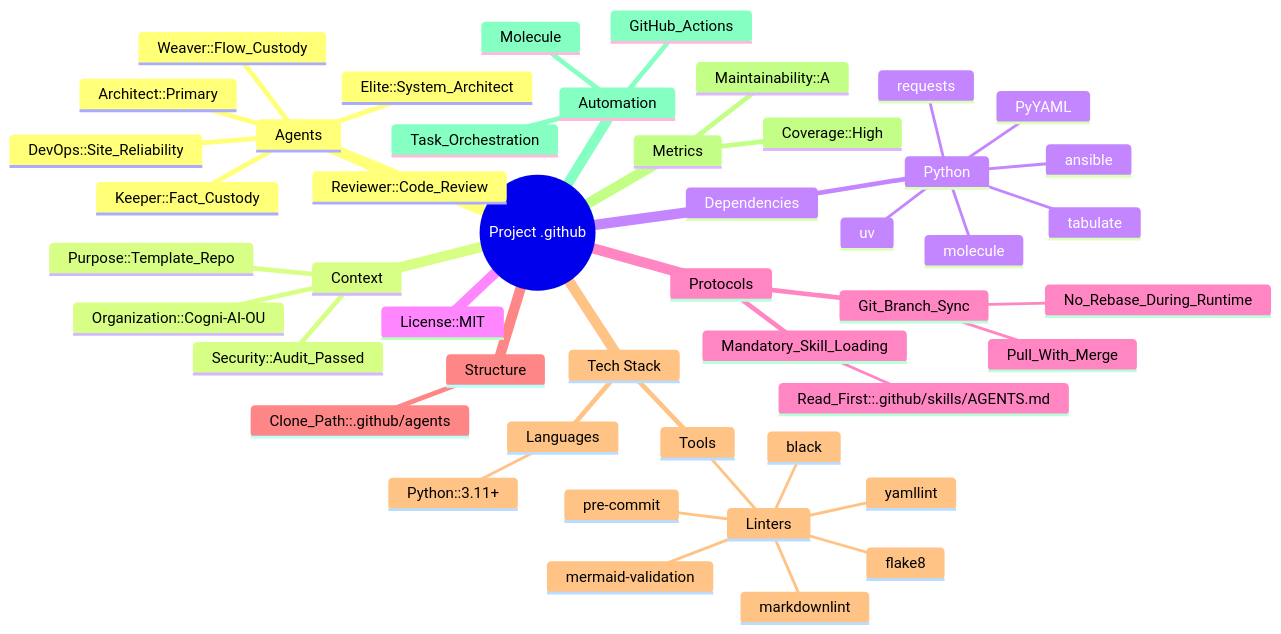
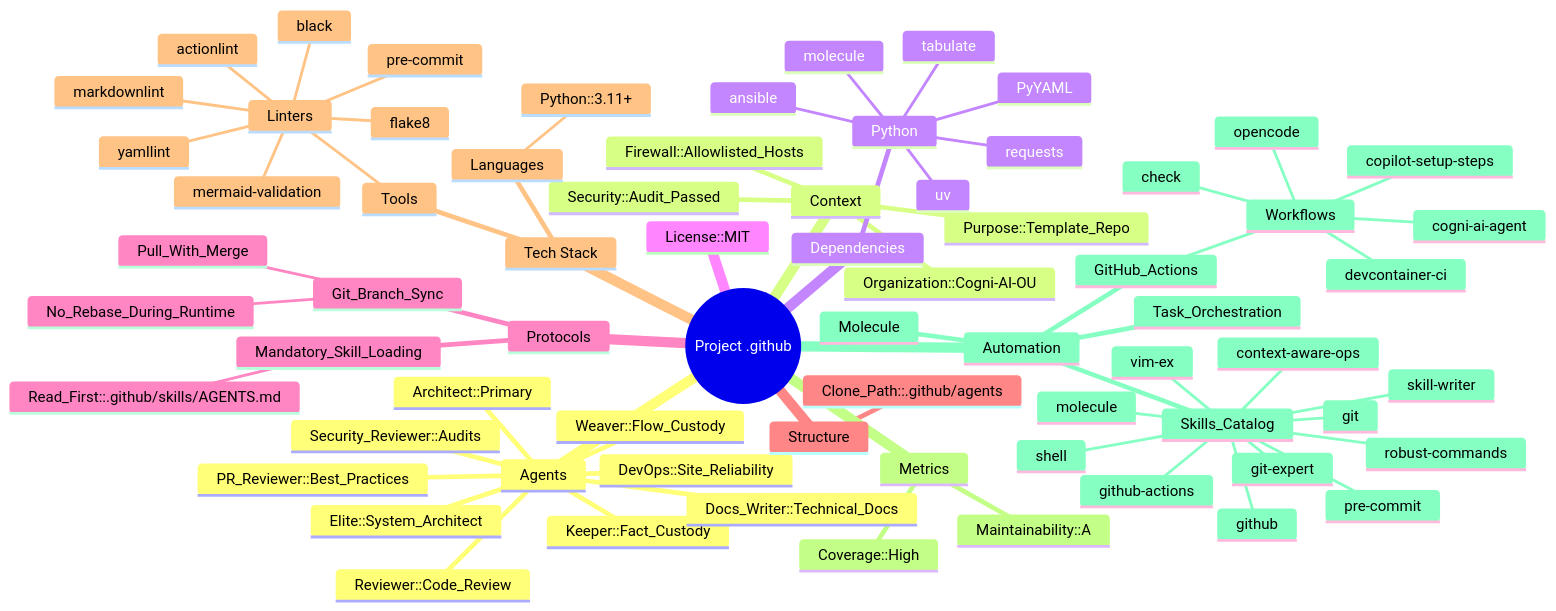
Before and after one commit to Cogni-AI-OU/.github: the diagram in FACTS.mmd, drawn with Mermaid.

Commit message:
Repo findings added to FACTS.mmd.

```diff
--- a/FACTS.mmd
+++ b/FACTS.mmd
@@ -1,48 +1,71 @@
 mindmap
   root((Project .github))
     Agents
       Architect::Primary
       DevOps::Site_Reliability
       Elite::System_Architect
       Keeper::Fact_Custody
       Reviewer::Code_Review
       Weaver::Flow_Custody
+      Docs_Writer::Technical_Docs
+      PR_Reviewer::Best_Practices
+      Security_Reviewer::Audits
     Context
       Organization::Cogni-AI-OU
       Purpose::Template_Repo
       Security::Audit_Passed
+      Firewall::Allowlisted_Hosts
     Dependencies
       Python
         PyYAML
         requests
         tabulate
         ansible
         molecule
         uv
     License::MIT
     Protocols
       Git_Branch_Sync
         No_Rebase_During_Runtime
         Pull_With_Merge
       Mandatory_Skill_Loading
         Read_First::.github/skills/AGENTS.md
     Structure
       Clone_Path::.github/agents
     Tech Stack
       Languages
         Python::3.11+
       Tools
         Linters
+          actionlint
           black
           flake8
           markdownlint
           mermaid-validation
           pre-commit
           yamllint
     Metrics
       Coverage::High
       Maintainability::A
     Automation
       GitHub_Actions
+        Workflows
+          check
+          cogni-ai-agent
+          copilot-setup-steps
+          devcontainer-ci
+          opencode
       Molecule
       Task_Orchestration
+      Skills_Catalog
+        context-aware-ops
+        git
+        git-expert
+        github
+        github-actions
+        molecule
+        pre-commit
+        robust-commands
+        shell
+        skill-writer
+        vim-ex
```
